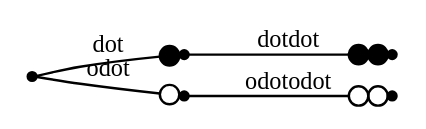
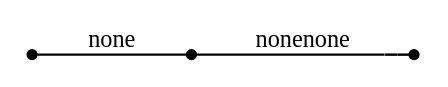
Before and after one commit to graphviz-perl/GraphViz2-Marpa-PathUtils: the diagram in out/clusters.out.08.009.gv, drawn with Graphviz. The commit also changed 40 other files, not shown here.

```diff
--- a/out/clusters.out.08.009.gv
+++ b/out/clusters.out.08.009.gv
@@ -1,11 +1,9 @@
 digraph G
 {
 	graph[rankdir = "LR" nodesep = "0"]
 	node[shape = "point" label = ""]
 	edge[fontsize = "10"]
-	_dot -> dot[arrowhead = "dot" label = "dot"]
-	dot -> dotdot[arrowhead = "dotdot" label = "dotdot"]
-	_dot -> odot[arrowhead = "odot" label = "odot"]
-	odot -> odotodot[arrowhead = "odotodot" label = "odotodot"]
+	_none -> none[arrowhead = "none" label = "none"]
+	none -> nonenone[arrowhead = "nonenone" label = "nonenone"]
 
 }
```
